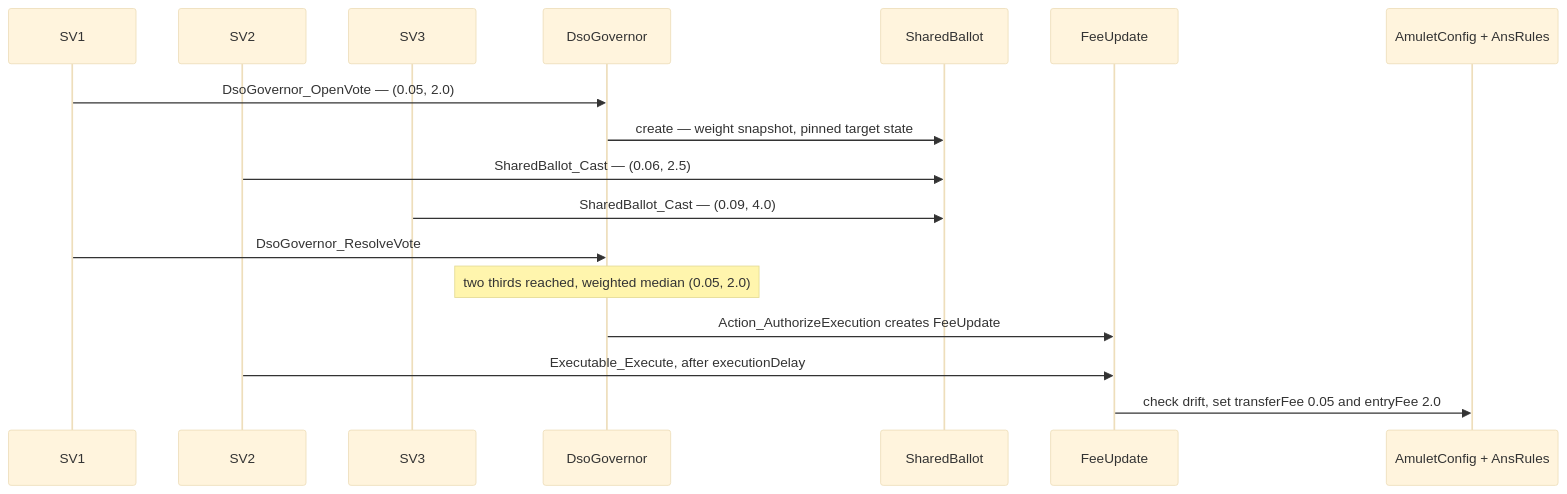
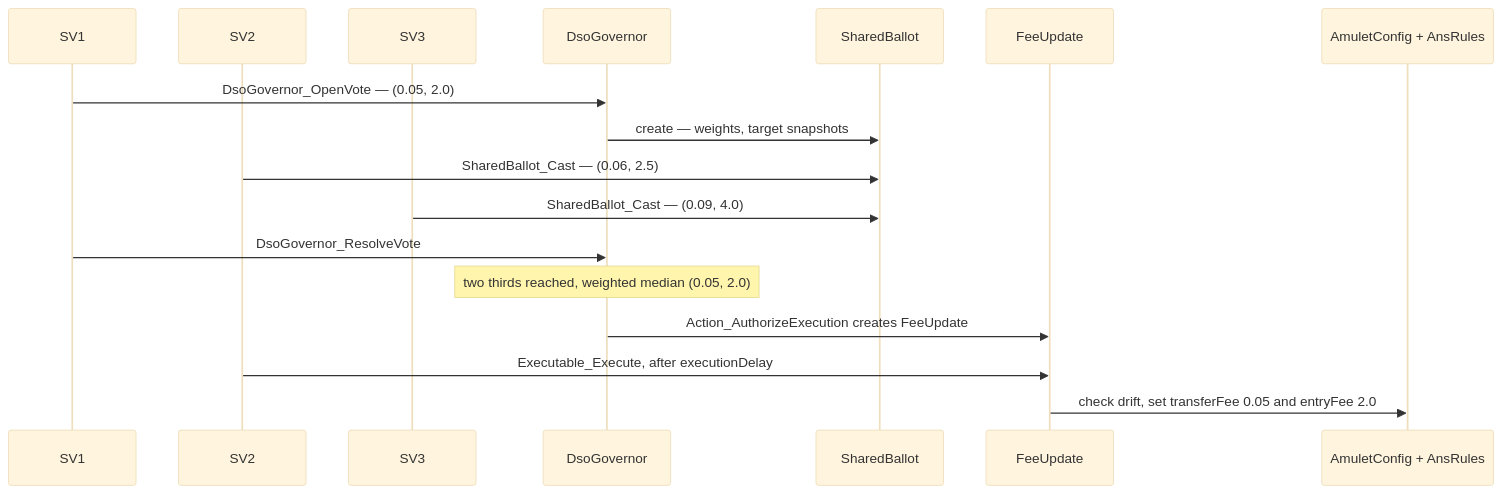
Before and after one commit to unlockitio/concordia: the first of 4 diagrams in examples/governance/DEMOS-happy.md, drawn with Mermaid (base theme). The commit also changed other lines of this file and 48 other files, not shown here.

````diff
--- a/examples/governance/DEMOS-happy.md
+++ b/examples/governance/DEMOS-happy.md
@@ -40,20 +40,20 @@
 ```mermaid
 sequenceDiagram
     participant SV1
     participant SV2
     participant SV3
     participant R as DsoGovernor
     participant B as SharedBallot
     participant X as FeeUpdate
     participant T as AmuletConfig + AnsRules
 
     SV1->>R: DsoGovernor_OpenVote — (0.05, 2.0)
-    R->>B: create — weight snapshot, pinned target state
+    R->>B: create — weights, target snapshots
     SV2->>B: SharedBallot_Cast — (0.06, 2.5)
     SV3->>B: SharedBallot_Cast — (0.09, 4.0)
     SV1->>R: DsoGovernor_ResolveVote
     Note over R: two thirds reached, weighted median (0.05, 2.0)
     R->>X: Action_AuthorizeExecution creates FeeUpdate
     SV2->>X: Executable_Execute, after executionDelay
     X->>T: check drift, set transferFee 0.05 and entryFee 2.0
 ```
````
